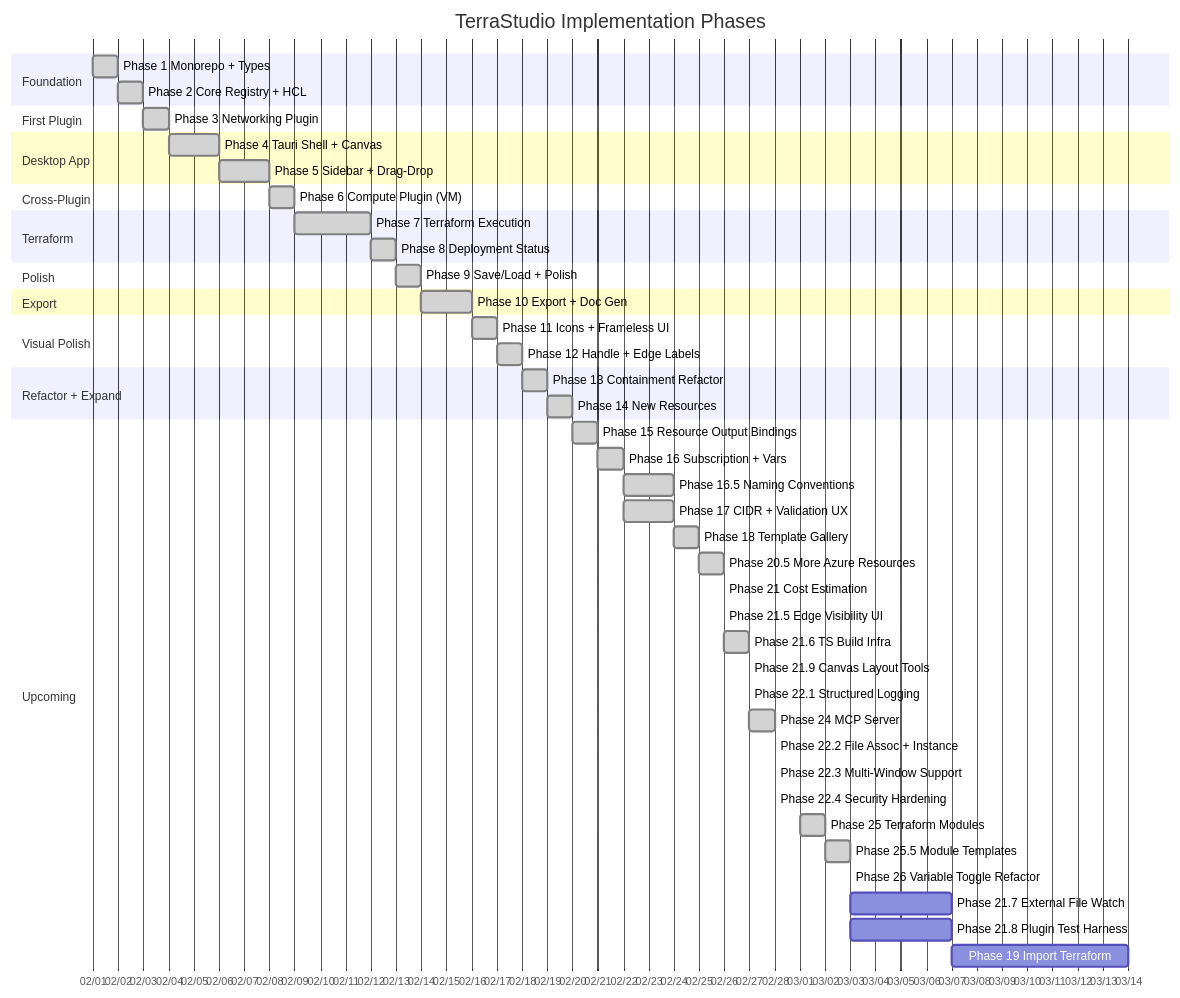
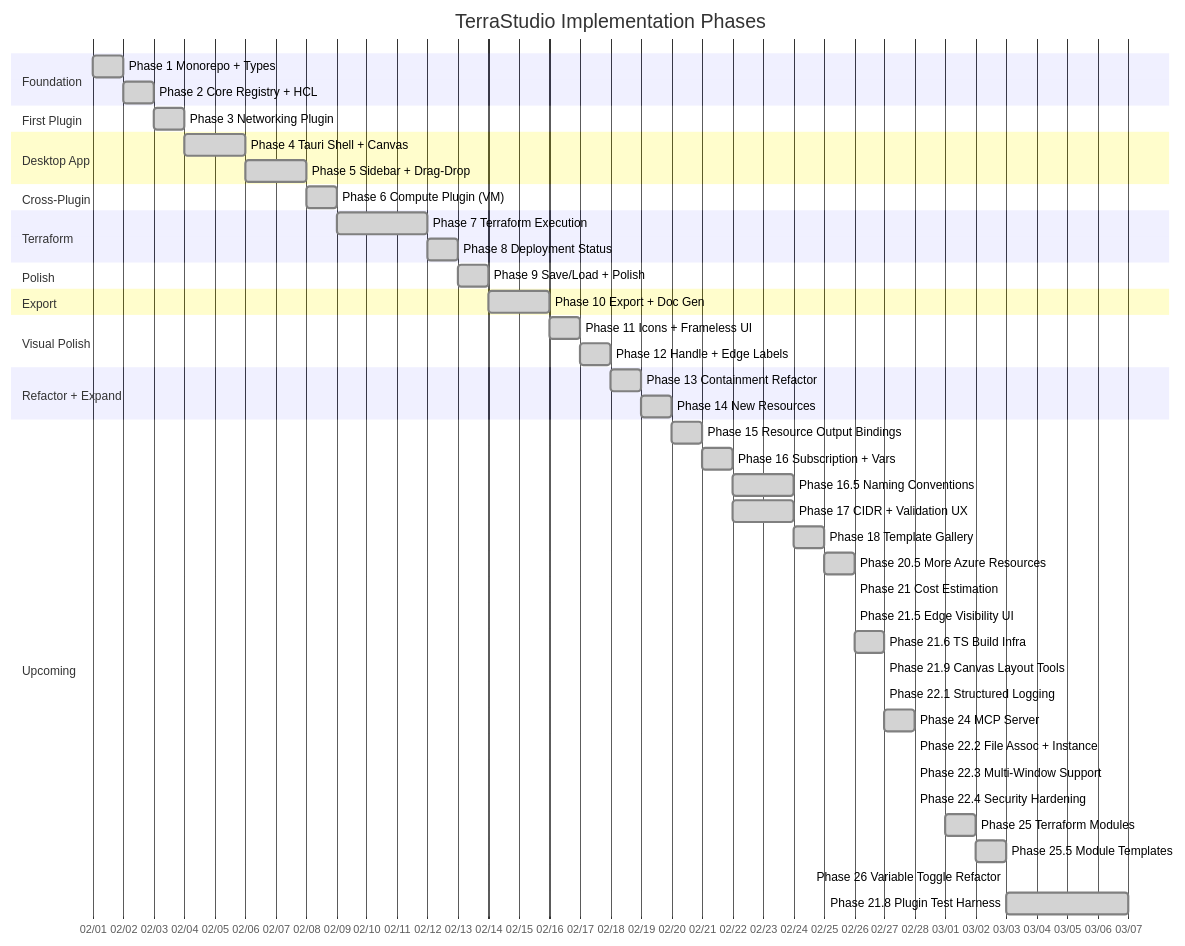
The diagram in docs/implementation-roadmap.md (afroze9/terrastudio), drawn with Mermaid before and after one commit. The commit also changed other lines of this file and 74 other files, not shown here.

````diff
--- a/docs/implementation-roadmap.md
+++ b/docs/implementation-roadmap.md
@@ -11,62 +11,60 @@
 ```mermaid
 gantt
     title TerraStudio Implementation Phases
     dateFormat YYYY-MM-DD
     axisFormat %m/%d
     tickInterval 1day
 
     section Foundation
     Phase 1 Monorepo + Types         :done, p1, 2026-02-01, 2026-02-02
     Phase 2 Core Registry + HCL      :done, p2, 2026-02-02, 2026-02-03
 
     section First Plugin
     Phase 3 Networking Plugin         :done, p3, 2026-02-03, 2026-02-04
 
     section Desktop App
     Phase 4 Tauri Shell + Canvas      :done, p4, 2026-02-04, 2026-02-06
     Phase 5 Sidebar + Drag-Drop       :done, p5, 2026-02-06, 2026-02-08
 
     section Cross-Plugin
     Phase 6 Compute Plugin (VM)       :done, p6, 2026-02-08, 2026-02-09
 
     section Terraform
     Phase 7 Terraform Execution       :done, p7, 2026-02-09, 2026-02-12
     Phase 8 Deployment Status         :done, p8, 2026-02-12, 2026-02-13
 
     section Polish
     Phase 9 Save/Load + Polish        :done, p9, 2026-02-13, 2026-02-14
 
     section Export
     Phase 10 Export + Doc Gen         :done, p10, 2026-02-14, 2026-02-16
 
     section Visual Polish
     Phase 11 Icons + Frameless UI     :done, p11, 2026-02-16, 2026-02-17
     Phase 12 Handle + Edge Labels     :done, p12, 2026-02-17, 2026-02-18
 
     section Refactor + Expand
     Phase 13 Containment Refactor     :done, p13, 2026-02-18, 2026-02-19
     Phase 14 New Resources            :done, p14, 2026-02-19, 2026-02-20
 
     section Upcoming
     Phase 15 Resource Output Bindings :done, p15, 2026-02-20, 2026-02-21
     Phase 16 Subscription + Vars      :done, p16, 2026-02-21, 2026-02-22
     Phase 16.5 Naming Conventions     :done, p165, 2026-02-22, 2026-02-24
     Phase 17 CIDR + Validation UX     :done, p17, 2026-02-22, 2026-02-24
     Phase 18 Template Gallery         :done, p18, 2026-02-24, 2026-02-25
     Phase 20.5 More Azure Resources   :done, p205, 2026-02-25, 2026-02-26
     Phase 21 Cost Estimation          :done, p21, 2026-02-26, 2026-02-26
     Phase 21.5 Edge Visibility UI     :done, p215, 2026-02-26, 2026-02-26
     Phase 21.6 TS Build Infra         :done, p216, 2026-02-26, 2026-02-27
     Phase 21.9 Canvas Layout Tools    :done, p219, 2026-02-27, 2026-02-27
     Phase 22.1 Structured Logging     :done, p221, 2026-02-27, 2026-02-27
     Phase 24 MCP Server               :done, p24, 2026-02-27, 2026-02-28
     Phase 22.2 File Assoc + Instance  :done, p222, 2026-02-28, 2026-02-28
     Phase 22.3 Multi-Window Support   :done, p223, 2026-02-28, 2026-02-28
     Phase 22.4 Security Hardening     :done, p224, 2026-02-28, 2026-02-28
     Phase 25 Terraform Modules         :done, p25, 2026-03-01, 2026-03-02
     Phase 25.5 Module Templates       :done, p255, 2026-03-02, 2026-03-03
     Phase 26 Variable Toggle Refactor :done, p26, 2026-03-03, 2026-03-03
-    Phase 21.7 External File Watch    :p217, 2026-03-03, 2026-03-07
-    Phase 21.8 Plugin Test Harness    :p218, 2026-03-03, 2026-03-07
-    Phase 19 Import Terraform         :p19, 2026-03-07, 2026-03-14
+    Phase 21.8 Plugin Test Harness    :done, p218, 2026-03-03, 2026-03-07
 ```
````
